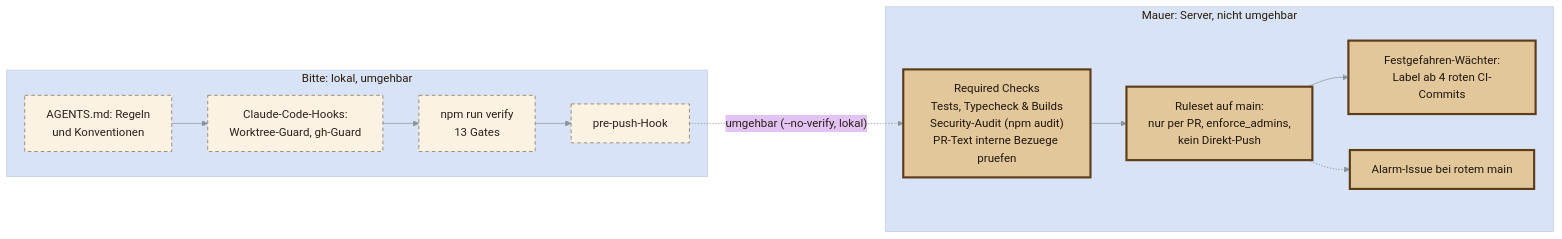
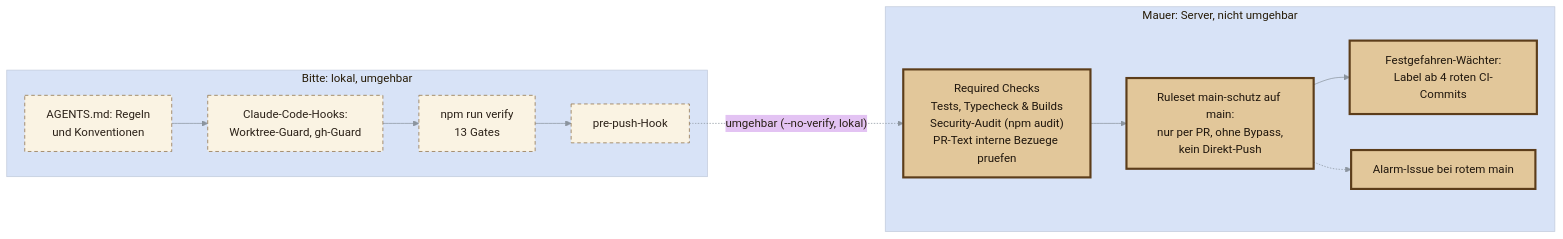
The third of 3 diagrams in docs/agent-harness.md (fluffels/kubernia), drawn with Mermaid before and after one commit. The commit also changed other lines of this file and 57 other files, not shown here.

````diff
--- a/docs/agent-harness.md
+++ b/docs/agent-harness.md
@@ -386,36 +386,36 @@
 ```mermaid
 ---
 config:
   theme: base
   look: classic
   layout: dagre
   themeVariables:
     lineColor: "#8b949e"
     primaryColor: "#f3e3c3"
     primaryTextColor: "#2b2118"
     primaryBorderColor: "#8a6a3f"
 ---
 flowchart LR
   subgraph bitte["Bitte: lokal, umgehbar"]
     regeln["AGENTS.md: Regeln<br/>und Konventionen"]
     hooks["Claude-Code-Hooks:<br/>Worktree-Guard, gh-Guard"]
     verify["npm run verify<br/>13 Gates"]
     prepush["pre-push-Hook"]
   end
   subgraph mauer["Mauer: Server, nicht umgehbar"]
     checks["Required Checks<br/>Tests, Typecheck & Builds<br/>Security-Audit (npm audit)<br/>PR-Text interne Bezuege pruefen"]
-    ruleset["Ruleset auf main:<br/>nur per PR, enforce_admins,<br/>kein Direkt-Push"]
+    ruleset["Ruleset main-schutz auf main:<br/>nur per PR, ohne Bypass,<br/>kein Direkt-Push"]
     wachter["Festgefahren-Wächter:<br/>Label ab 4 roten CI-Commits"]
     alarm["Alarm-Issue bei rotem main"]
   end
   regeln --> hooks --> verify --> prepush
   prepush -. "umgehbar (--no-verify, lokal)" .-> checks
   checks --> ruleset
   ruleset --> wachter
   ruleset -.-> alarm
 
   classDef bittecls fill:#faf3e3,stroke:#8a6a3f,color:#2b2118,stroke-dasharray:5 4
   classDef mauercls fill:#e2c79a,stroke:#5c3d1a,color:#1f160d,stroke-width:3px
   class regeln,hooks,verify,prepush bittecls
   class checks,ruleset,wachter,alarm mauercls
 ```
````
